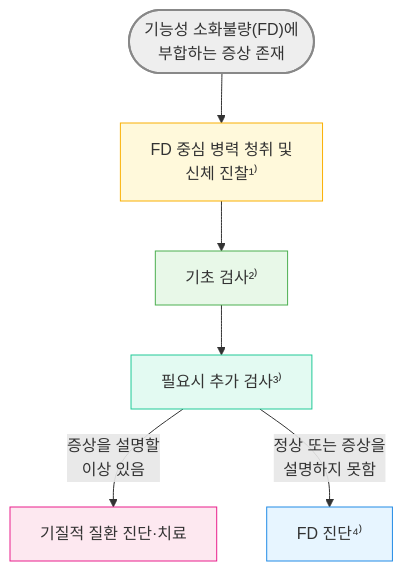
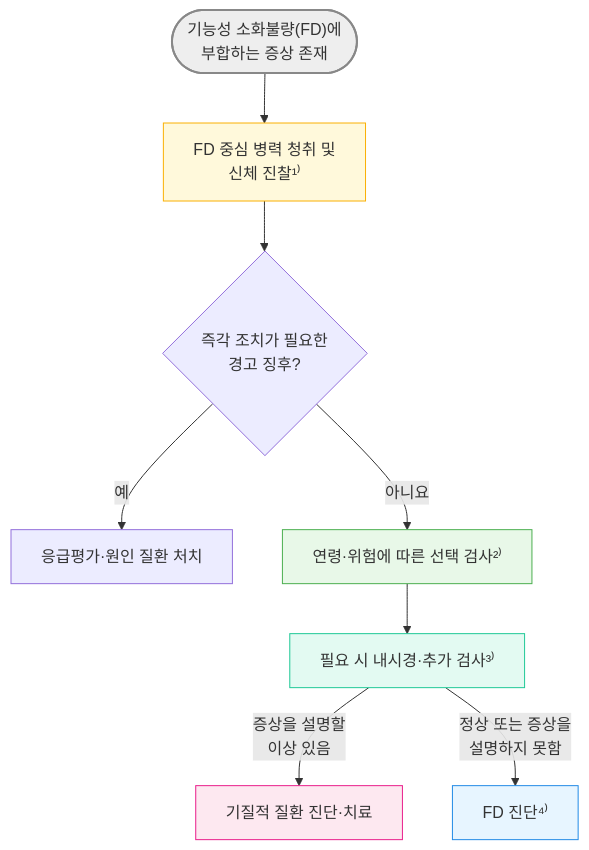
One commit to familyoh77/familyoh77 changed the diagram in 224_/076_-functional-dyspepsia.md. Above: the diagram before and after it, drawn with Mermaid. The commit also changed other lines of this file and 8 other files, not shown here.

````diff
--- a/224_/076_-functional-dyspepsia.md
+++ b/224_/076_-functional-dyspepsia.md
@@ -114,17 +134,19 @@
 ```mermaid
 graph TD
     Start(["기능성 소화불량(FD)에 <br/>부합하는 증상 존재"])
     --> History["FD 중심 병력 청취 및<br/> 신체 진찰¹⁾"]
-    History --> Labs["기초 검사²⁾"]
-    Labs --> AddTest["필요시 추가 검사³⁾"]
+    History --> Alarm{"즉각 조치가 필요한<br/>경고 징후?"}
+    Alarm -- "예" --> Urgent["응급평가·원인 질환 처치"]
+    Alarm -- "아니요" --> Labs["연령·위험에 따른 선택 검사²⁾"]
+    Labs --> AddTest["필요 시 내시경·추가 검사³⁾"]
 
     AddTest -- "증상을 설명할<br/>이상 있음" --> Organic["기질적 질환 진단·치료"]
     AddTest -- "정상 또는 증상을<br/>설명하지 못함" --> FD_Diag["FD 진단⁴⁾"]
 
     style Start fill:#eeeeee,stroke:#888888,stroke-width:2px
     style History fill:#fff9db,stroke:#fab005
     style Labs fill:#e8f8e8,stroke:#4caf50
     style AddTest fill:#e3faf2,stroke:#20c997
     style FD_Diag fill:#e7f5ff,stroke:#228be6
     style Organic fill:#fde8f0,stroke:#e91e8c
 ```
````
